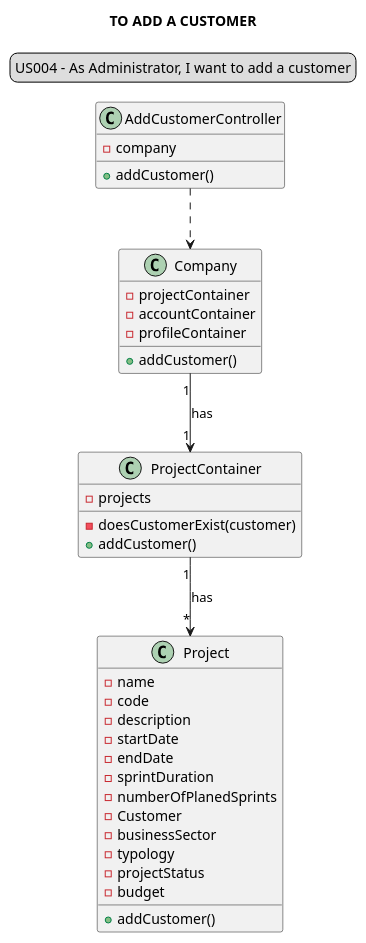
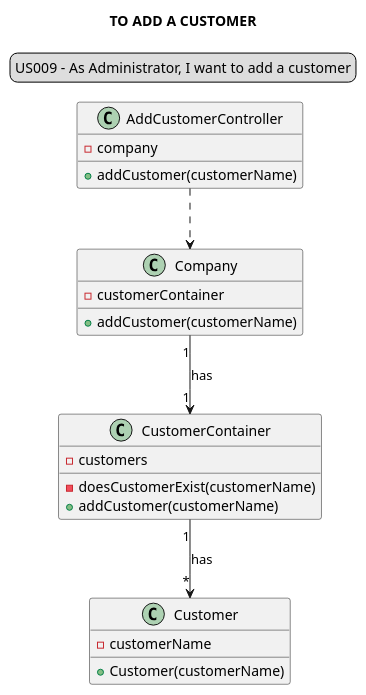
The diagram in docs/modelling_design/user_stories/us009/US009_classDiagram.puml (Loracline/project_switch_22-23), drawn with PlantUML before and after one commit.

Commit message:
US009 : Design : refinement of class diagram.

```diff
--- a/docs/modelling_design/user_stories/us009/US009_classDiagram.puml
+++ b/docs/modelling_design/user_stories/us009/US009_classDiagram.puml
@@ -1,47 +1,34 @@
 @startuml
 
 skinparam sequenceMessageAlign center
 title TO ADD A CUSTOMER
 legend top
-US004 - As Administrator, I want to add a customer
+US009 - As Administrator, I want to add a customer
 end legend
 
 class "AddCustomerController" {
 -company
-+addCustomer()
++addCustomer(customerName)
 }
 
 class "Company"{
--projectContainer
--accountContainer
--profileContainer
-+addCustomer()
+-customerContainer
++addCustomer(customerName)
 
 }
-class "ProjectContainer"{
--projects
--doesCustomerExist(customer)
-+addCustomer()
+class "CustomerContainer"{
+-customers
+-doesCustomerExist(customerName)
++addCustomer(customerName)
 }
 
-class "Project"{
--name
--code
--description
--startDate
--endDate
--sprintDuration
--numberOfPlanedSprints
--Customer
--businessSector
--typology
--projectStatus
--budget
-+addCustomer()
+class "Customer"{
+-customerName
++Customer(customerName)
 }
 
 "AddCustomerController" ..> "Company"
-"Company" "1"-->"1" "ProjectContainer": has
-"ProjectContainer" "1"-->"*" "Project": has
+"Company" "1"-->"1" "CustomerContainer": has
+"CustomerContainer" "1"-->"*" "Customer": has
 
 @enduml
```
